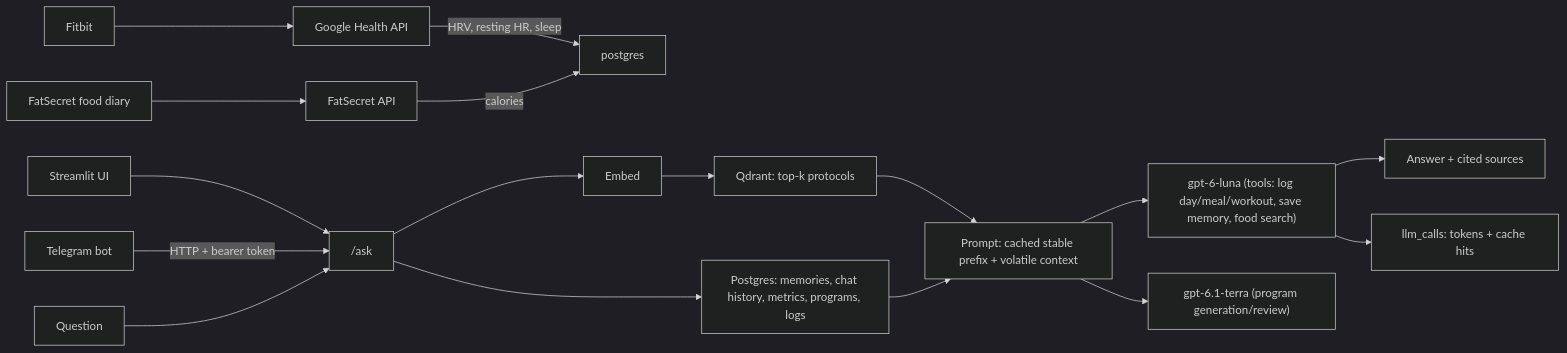
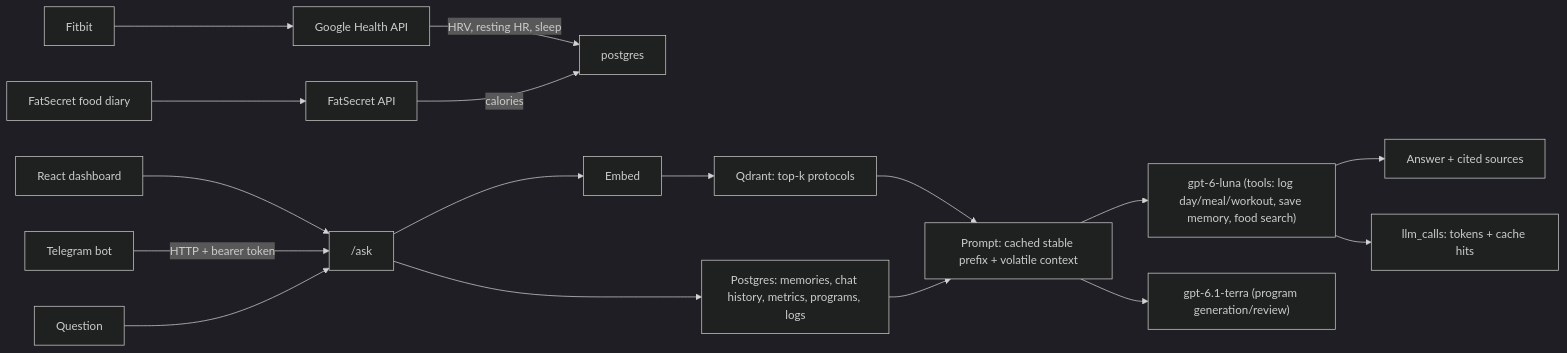
One commit to suleymanbaran/ai-fitness-coach changed the diagram in README.md. Above: the diagram before and after it, drawn with Mermaid (dark theme). The commit also changed other lines of this file, not shown here.

````diff
--- a/README.md
+++ b/README.md
@@ -85,19 +86,19 @@
 ```mermaid
 flowchart LR
   fitbit[Fitbit] --> google["Google Health API"]
   diary[FatSecret food diary] --> fatsecret[FatSecret API]
   google -->|"HRV, resting HR, sleep"| postgres
   fatsecret -->|calories| postgres
-  web[Streamlit UI] --> api
+  web[React dashboard] --> api
   tg[Telegram bot] -->|"HTTP + bearer token"| api
   question[Question] --> api["/ask"]
   api --> embed[Embed]
   embed --> qdrant["Qdrant: top-k protocols"]
   api --> memory["Postgres: memories, chat history, metrics, programs, logs"]
   qdrant --> prompt["Prompt: cached stable prefix + volatile context"]
   memory --> prompt
   prompt --> luna["gpt-6-luna (tools: log day/meal/workout, save memory, food search)"]
   prompt --> terra["gpt-6.1-terra (program generation/review)"]
   luna --> answer["Answer + cited sources"]
   luna --> usage["llm_calls: tokens + cache hits"]
 ```
````
